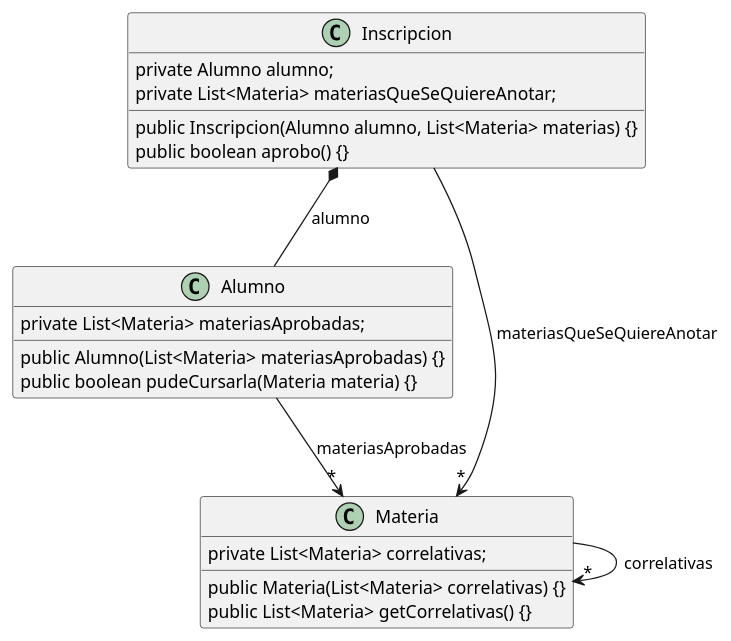
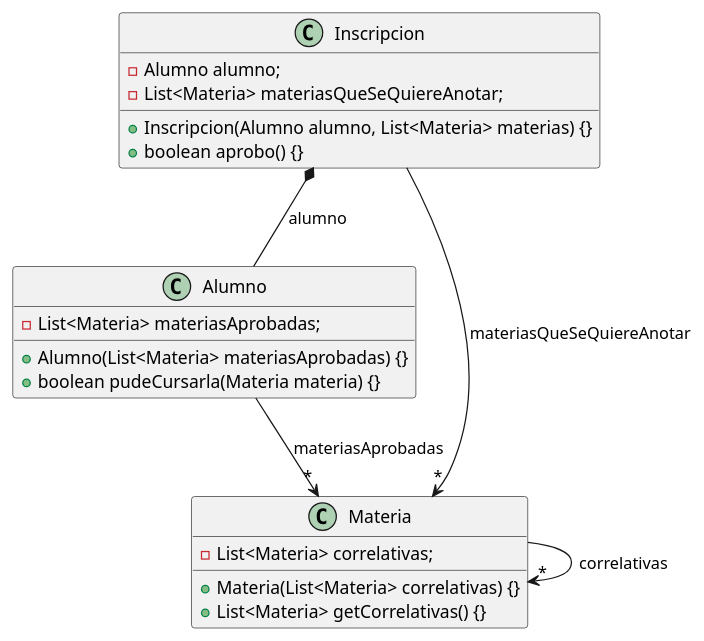
The diagram in src/main/DiagramaDeClase.puml (NicolasFernandezRuoff/Correlativas), drawn with PlantUML before and after one commit.

Commit message:
diagrama de clases

```diff
--- a/src/main/DiagramaDeClase.puml
+++ b/src/main/DiagramaDeClase.puml
@@ -1,27 +1,27 @@
 @startuml
 Alumno  --> "*" Materia : materiasAprobadas
 Inscripcion *-- Alumno : alumno
 Inscripcion  --> "*" Materia : materiasQueSeQuiereAnotar
 Materia  --> "*" Materia : correlativas
 
 
 class Alumno {
-    private List<Materia> materiasAprobadas;
-    public Alumno(List<Materia> materiasAprobadas) {}
-    public boolean pudeCursarla(Materia materia) {}
+    - List<Materia> materiasAprobadas;
+    + Alumno(List<Materia> materiasAprobadas) {}
+    + boolean pudeCursarla(Materia materia) {}
 }
 
 class Inscripcion {
-    private Alumno alumno;
-    private List<Materia> materiasQueSeQuiereAnotar;
-    public Inscripcion(Alumno alumno, List<Materia> materias) {}
-    public boolean aprobo() {}
+    - Alumno alumno;
+    - List<Materia> materiasQueSeQuiereAnotar;
+    + Inscripcion(Alumno alumno, List<Materia> materias) {}
+    + boolean aprobo() {}
 }
 
 class Materia {
-    private List<Materia> correlativas;
-    public Materia(List<Materia> correlativas) {}
-    public List<Materia> getCorrelativas() {}
+    - List<Materia> correlativas;
+    + Materia(List<Materia> correlativas) {}
+    + List<Materia> getCorrelativas() {}
 }
 
 @enduml
```
